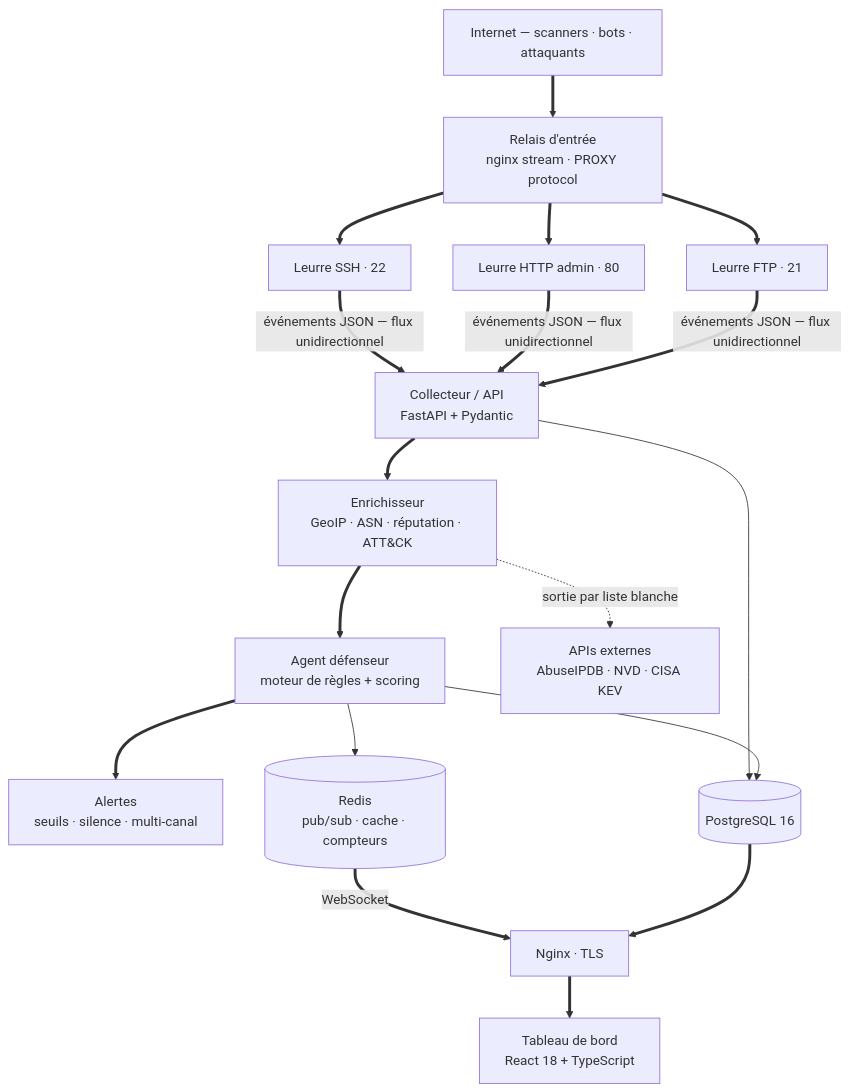
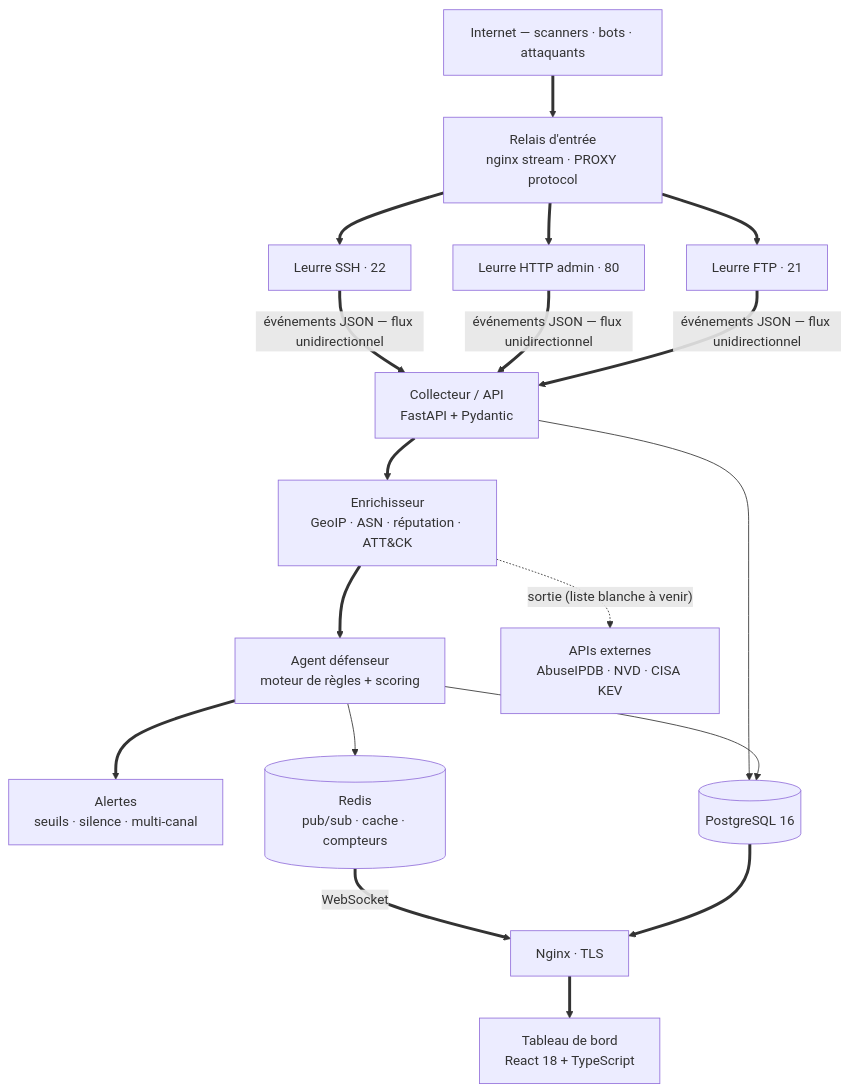
The first of 2 diagrams in README.md (Melopheelo12/Shield), drawn with Mermaid before and after one commit. The commit also changed other lines of this file and 1 other file, not shown here.

Commit message:
docs: la sortie de core_net n'est pas encore filtrée par liste blanche (#107)
Le compose et le README annonçaient une sortie « restreinte par liste
blanche » pour la zone de traitement, mais aucune règle ne l'applique :
ni harden_vps.sh ni HEBERGEMENT.md. La doc dit désormais ce qui existe ;
la liste blanche (règles DOCKER-USER vers les services nécessaires) sera
mise en place au créneau VPS, comme décidé dans #106.

````diff
--- a/README.md
+++ b/README.md
@@ -49,28 +49,28 @@
 ```mermaid
 flowchart TB
     NET["Internet — scanners · bots · attaquants"]
     EDG["Relais d'entrée<br/>nginx stream · PROXY protocol"]
     S1["Leurre SSH · 22"]
     S2["Leurre HTTP admin · 80"]
     S3["Leurre FTP · 21"]
     COL["Collecteur / API<br/>FastAPI + Pydantic"]
     ENR["Enrichisseur<br/>GeoIP · ASN · réputation · ATT&CK"]
     DEF["Agent défenseur<br/>moteur de règles + scoring"]
     ALR["Alertes<br/>seuils · silence · multi-canal"]
     PG[("PostgreSQL 16")]
     RD[("Redis<br/>pub/sub · cache · compteurs")]
     NGX["Nginx · TLS"]
     UI["Tableau de bord<br/>React 18 + TypeScript"]
     EXT["APIs externes<br/>AbuseIPDB · NVD · CISA KEV"]
 
     NET ==> EDG ==> S1 & S2 & S3
     S1 & S2 & S3 ==>|"événements JSON — flux unidirectionnel"| COL
     COL ==> ENR ==> DEF ==> ALR
     COL --> PG
     DEF --> PG
     DEF --> RD
-    ENR -. "sortie par liste blanche" .-> EXT
+    ENR -. "sortie (liste blanche à venir)" .-> EXT
     RD ==>|"WebSocket"| NGX
     PG ==> NGX
     NGX ==> UI
 ```
````
